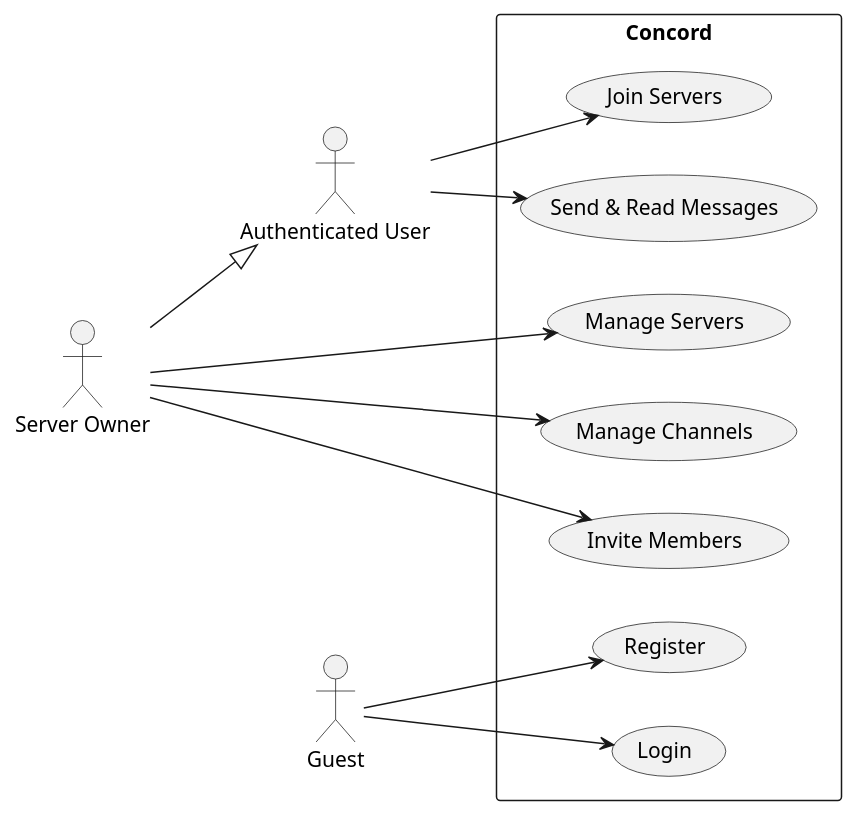
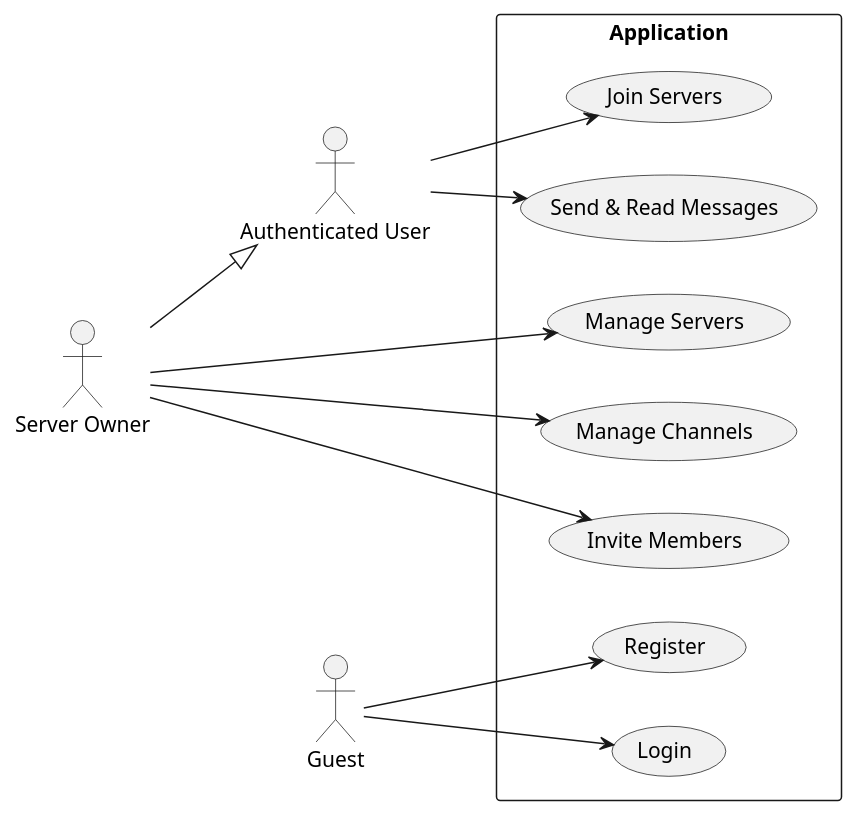
One commit to lucaseneiva/bubingachat changed the diagram in docs/usecase.puml. Above: the diagram before and after it, drawn with PlantUML. The commit also changed 1 other file, not shown here.

Commit message:
refactor: update system boundary names and improve diagram clarity

```diff
--- a/docs/usecase.puml
+++ b/docs/usecase.puml
@@ -1,31 +1,31 @@
 @startuml usecase
 
 left to right direction
 
 actor "Authenticated User" as user
 actor "Server Owner" as owner
 actor "Guest" as guest
 
 owner --|> user
 
-rectangle "Concord" {
+rectangle "Application" {
     usecase "Register" as UC0
     usecase "Login" as UC1
     usecase "Manage Servers" as UC2
     usecase "Manage Channels" as UC3
     usecase "Send & Read Messages" as UC4
     usecase "Invite Members" as UC5
     usecase "Join Servers" as UC6
 }
 
 user --> UC4
 user --> UC6
 
 guest --> UC0
 guest --> UC1
 
 owner --> UC2
 owner --> UC3
 owner --> UC5
 
 @enduml
```
